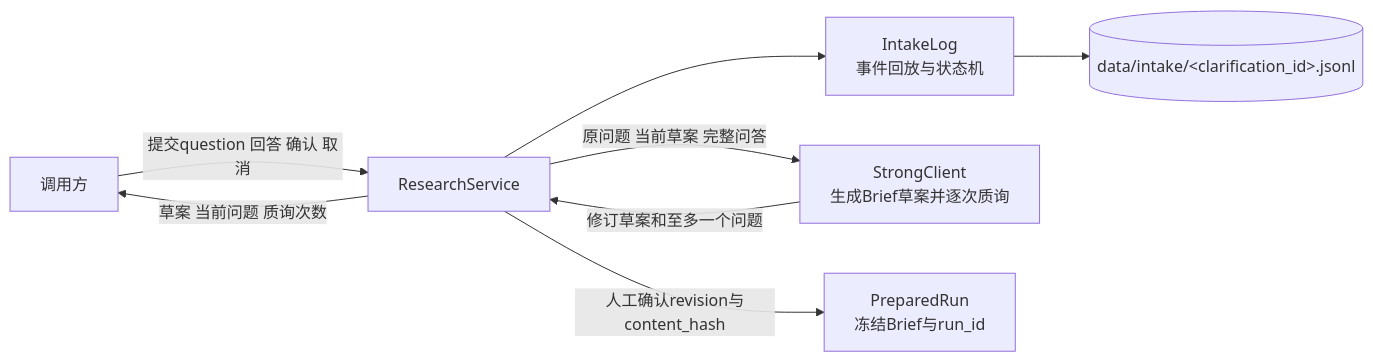
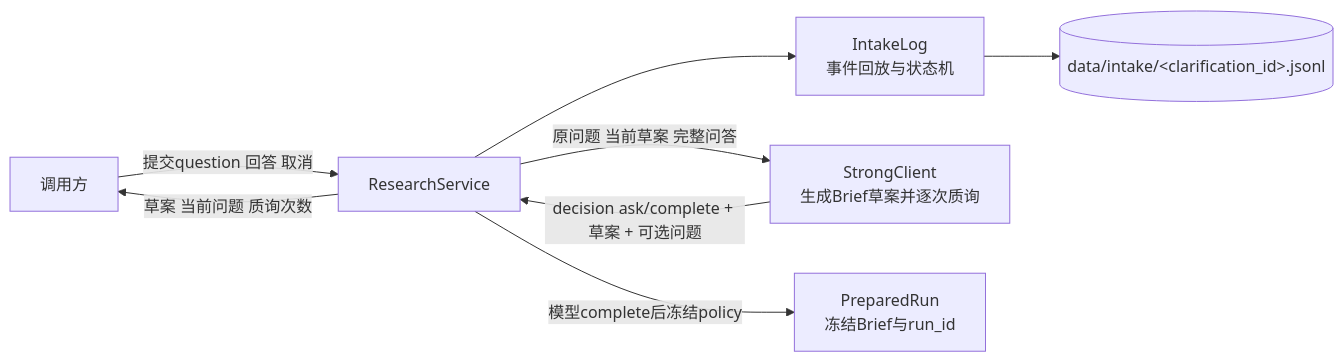
One commit to SuperCatQR/traceable-research-runtime changed the second of 7 diagrams in docs/web-search-architecture.md. Above: the diagram before and after it, drawn with Mermaid. The commit also changed other lines of this file and 10 other files, not shown here.

````diff
--- a/docs/web-search-architecture.md
+++ b/docs/web-search-architecture.md
@@ -139,16 +139,16 @@
 ```mermaid
 flowchart LR
     caller["调用方"]
     appService["ResearchService"]
     intakeState["IntakeLog<br/>事件回放与状态机"]
     strongIntake["StrongClient<br/>生成Brief草案并逐次质询"]
     intakeAudit[("data/intake/&lt;clarification_id&gt;.jsonl")]
     researchStart["PreparedRun<br/>冻结Brief与run_id"]
 
-    caller -->|提交question 回答 确认 取消| appService
+    caller -->|提交question 回答 取消| appService
     appService --> intakeState --> intakeAudit
     appService -->|原问题 当前草案 完整问答| strongIntake
-    strongIntake -->|修订草案和至多一个问题| appService
+    strongIntake -->|decision ask/complete + 草案 + 可选问题| appService
     appService -->|草案 当前问题 质询次数| caller
-    appService -->|人工确认revision与content_hash| researchStart
+    appService -->|模型complete后冻结policy| researchStart
 ```
````
